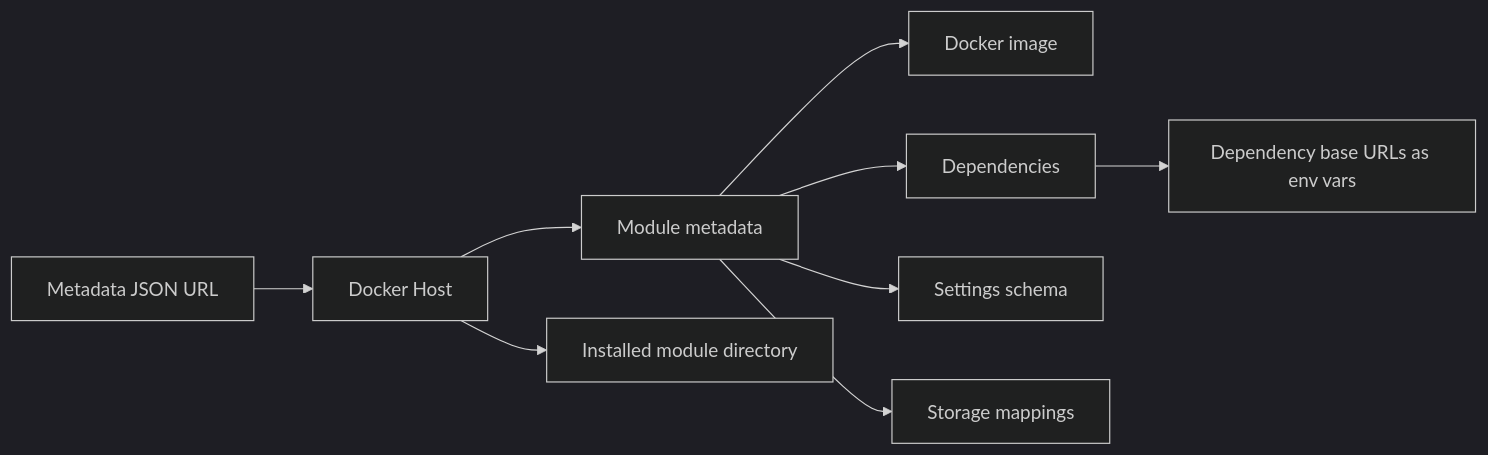
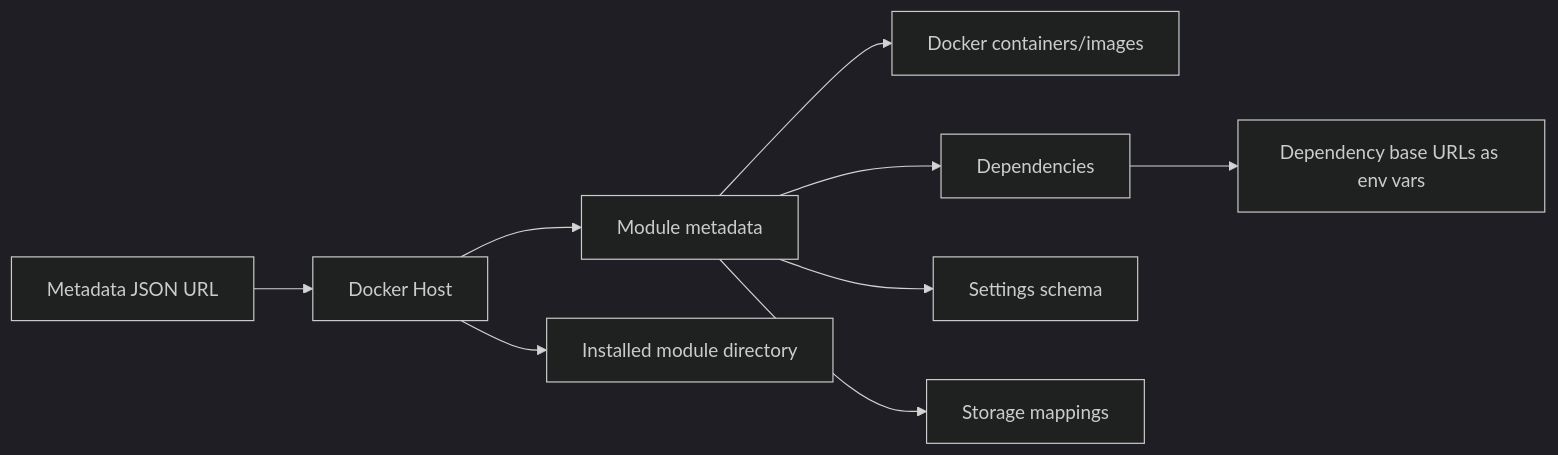
One commit to alex-de-haas/docker-host changed the diagram in docs/root.md. Above: the diagram before and after it, drawn with Mermaid (dark theme). The commit also changed other lines of this file and 46 other files, not shown here.

````diff
--- a/docs/root.md
+++ b/docs/root.md
@@ -13,11 +13,11 @@
 ```mermaid
 flowchart LR
   A["Metadata JSON URL"] --> B["Docker Host"]
   B --> C["Module metadata"]
-  C --> D["Docker image"]
+  C --> D["Docker containers/images"]
   C --> E["Dependencies"]
   C --> F["Settings schema"]
   C --> G["Storage mappings"]
   E --> I["Dependency base URLs as env vars"]
   B --> H["Installed module directory"]
 ```
````
